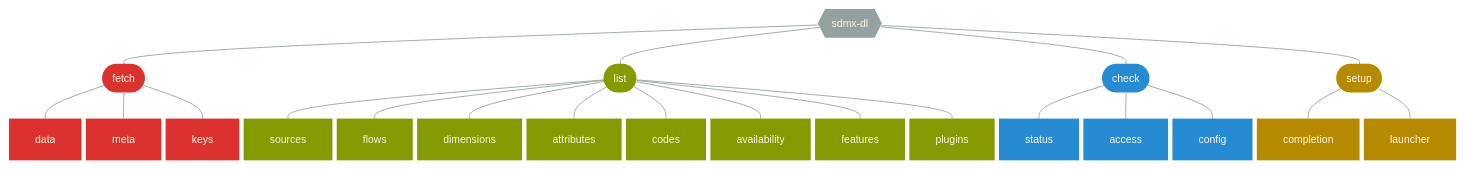
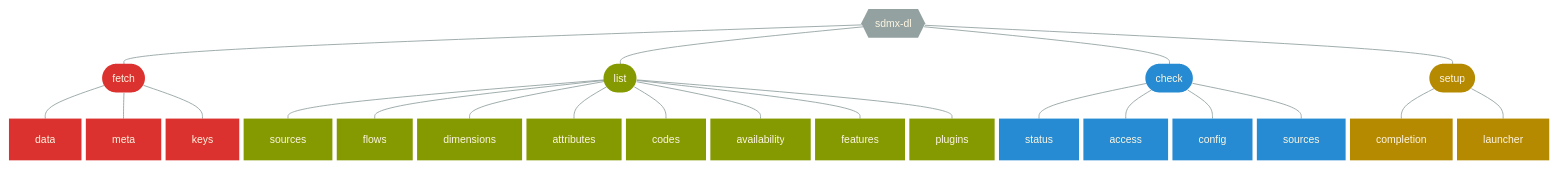
Before and after one commit to nbbrd/sdmx-dl: the diagram in docs/content/cli/usage.md, drawn with Mermaid. The commit also changed other lines of this file and 2 other files, not shown here.

Commit message:
Fix missing documentation on check sources command

````diff
--- a/docs/content/cli/usage.md
+++ b/docs/content/cli/usage.md
@@ -23,44 +23,45 @@
 ```mermaid
 %%{init:{'themeVariables': {'textColor': '#fdf6e3', 'fontSize': '12px'},'flowchart':{'nodeSpacing': 5, 'rankSpacing': 30}}}%%
 flowchart TB
     r{{sdmx-dl}}
     r --- f([fetch]) --- data & meta & keys
     r --- l([list]) --- sources & flows & dimensions & attributes & codes & availability & features & plugins
-    r --- c([check]) --- status & access & config
+    r --- c([check]) --- status & access & config & xsources[sources]
     r --- s([setup]) --- completion & launcher
 
     classDef default fill:#93a1a1,stroke-width:0px 
     linkStyle default stroke:#93a1a1
  
     classDef fx fill:#dc322f
     class f,data,meta,keys fx;
     click f "#fetch" "fetch command"
     click data "#fetch-data" "fetch data command"
     click meta "#fetch-meta" "fetch meta command"
     click keys "#fetch-keys" "fetch keys command"
    
     classDef lx fill:#859900
     class l,sources,flows,dimensions,attributes,codes,availability,features,plugins lx;
     click l "#list" "list command"
     click sources "#list-sources" "list sources command"
     click flows "#list-flows" "list flows command"
     click dimensions "#list-dimensions" "list dimensions command"
     click attributes "#list-attributes" "list attributes command"
     click codes "#list-codes" "list codes command"
     click availability "#list-availability" "list availability command"
     click features "#list-features" "list features command"
     click plugins "#list-plugins" "list plugins command"
    
     classDef cx fill:#268bd2
-    class c,status,access,config cx;
+    class c,status,access,config,xsources cx;
     click c "#check" "check command"
     click status "#check-status" "check status command"
     click access "#check-access" "check access command"
     click config "#check-config" "check config command"
+    click xsources "#check-sources" "check sources command"
     
     classDef sx fill:#b58900
     class s,completion,launcher sx;
     click s "#setup" "setup command"
     click completion "#setup-completion" "setup completion command"
     click launcher "#setup-launcher" "setup launcher command"
 ```
````
